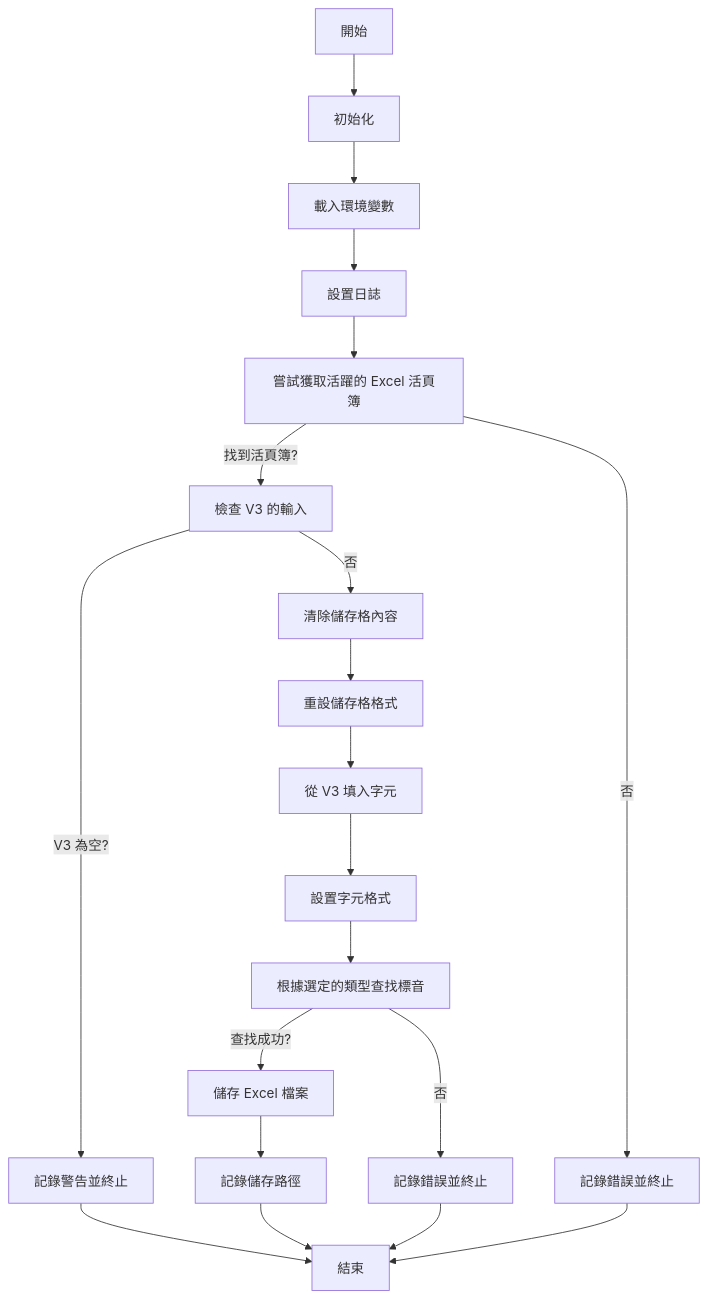
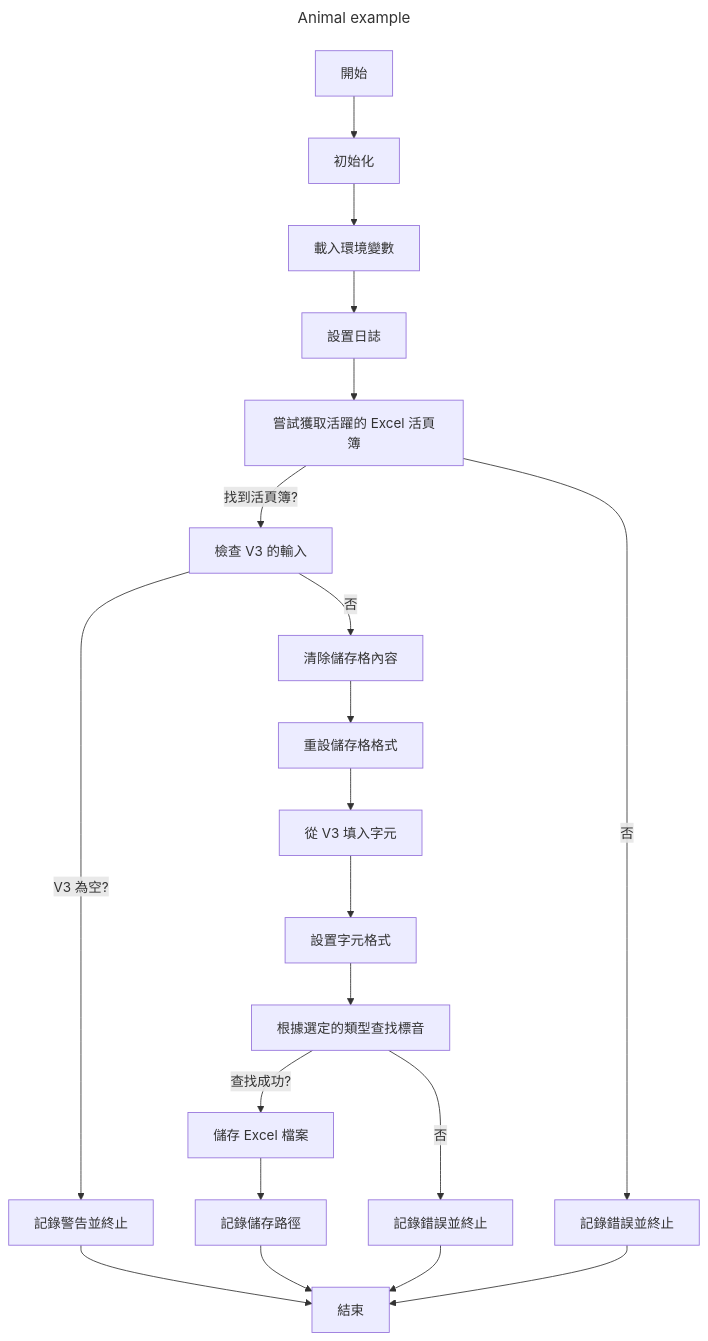
Before and after one commit to AlanJui/Piau-Im: the diagram in Documents/Mermaid/a100.mermaid, drawn with Mermaid. The commit also changed 11 other files, not shown here.

```diff
--- a/Documents/Mermaid/a100.mermaid
+++ b/Documents/Mermaid/a100.mermaid
@@ -1,20 +1,23 @@
+---
+title: Animal example
+---
 flowchart TD
     A[開始] --> B[初始化]
     B --> C[載入環境變數]
     C --> D[設置日誌]
     D --> E[嘗試獲取活躍的 Excel 活頁簿]
     E -->|找到活頁簿?| F[檢查 V3 的輸入]
     E -->|否| G[記錄錯誤並終止]
     F -->|V3 為空?| H[記錄警告並終止]
     F -->|否| I[清除儲存格內容]
     I --> J[重設儲存格格式]
     J --> K[從 V3 填入字元]
     K --> L[設置字元格式]
     L --> M[根據選定的類型查找標音]
     M -->|查找成功?| N[儲存 Excel 檔案]
     M -->|否| O[記錄錯誤並終止]
     N --> P[記錄儲存路徑]
     P --> Q[結束]
     G --> Q
     H --> Q
     O --> Q
```
